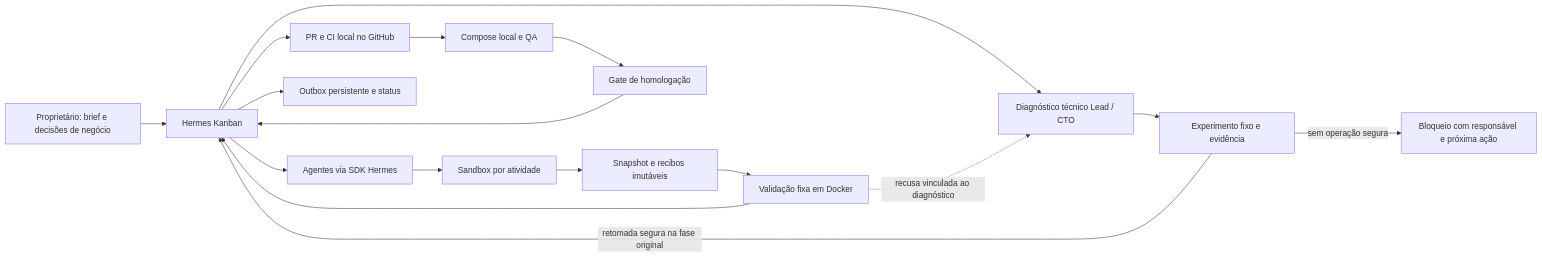
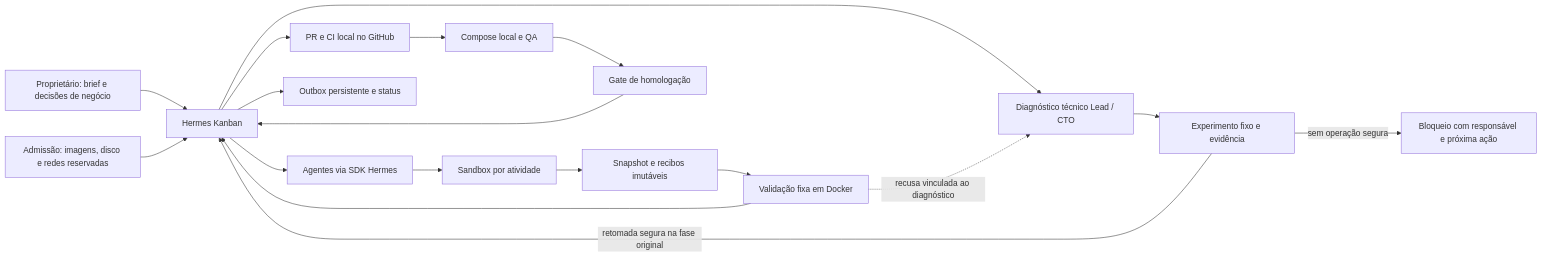
The first of 2 diagrams in README.md (codifydeep/fabriquinha), drawn with Mermaid before and after one commit. The commit also changed other lines of this file and 8 other files, not shown here.

````diff
--- a/README.md
+++ b/README.md
@@ -28,19 +28,20 @@
 ```mermaid
 flowchart LR
     CEO[Proprietário: brief e decisões de negócio] --> K[Hermes Kanban]
+    A[Admissão: imagens, disco e redes reservadas] --> K
     K --> W[Agentes via SDK Hermes]
     W --> S[Sandbox por atividade]
     S --> E[Snapshot e recibos imutáveis]
     E --> V[Validação fixa em Docker]
     V --> K
     K --> G[PR e CI local no GitHub]
     G --> D[Compose local e QA]
     D --> H[Gate de homologação]
     H --> K
     K --> O[Outbox persistente e status]
     K --> R[Diagnóstico técnico Lead / CTO]
     V -.->|recusa vinculada ao diagnóstico| R
     R --> X[Experimento fixo e evidência]
     X -->|retomada segura na fase original| K
     X -->|sem operação segura| B[Bloqueio com responsável e próxima ação]
 ```
````
